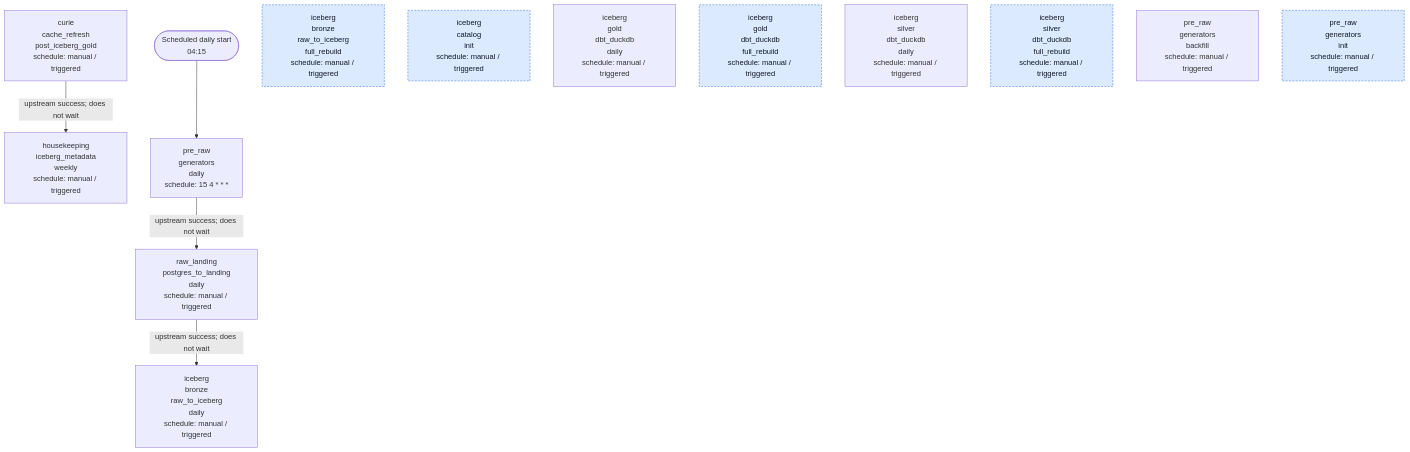
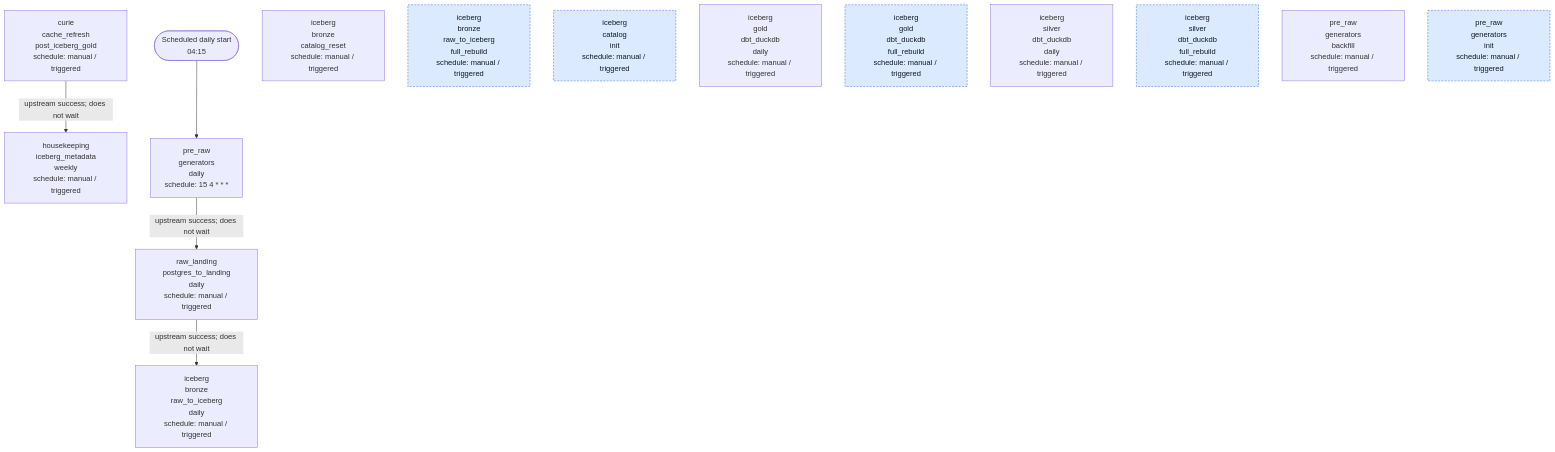
One commit to AntonMiniazev/ampere_project changed the diagram in docs/dataflow/diagrams/airflow_dags.mmd. Above: the diagram before and after it, drawn with Mermaid. The commit also changed 9 other files, not shown here.

```diff
--- a/docs/dataflow/diagrams/airflow_dags.mmd
+++ b/docs/dataflow/diagrams/airflow_dags.mmd
@@ -1,27 +1,28 @@
 flowchart TD
     START(["Scheduled daily start<br/>04:15"])
     D_AMPERE__CURIE__CACHE_REFRESH__POST_ICEBERG_GOLD["curie<br/>cache_refresh<br/>post_iceberg_gold<br/>schedule: manual / triggered"]
     D_AMPERE__HOUSEKEEPING__ICEBERG_METADATA__WEEKLY["housekeeping<br/>iceberg_metadata<br/>weekly<br/>schedule: manual / triggered"]
+    D_AMPERE__ICEBERG__BRONZE__CATALOG_RESET["iceberg<br/>bronze<br/>catalog_reset<br/>schedule: manual / triggered"]
     D_AMPERE__ICEBERG__BRONZE__RAW_TO_ICEBERG__DAILY["iceberg<br/>bronze<br/>raw_to_iceberg<br/>daily<br/>schedule: manual / triggered"]
     D_AMPERE__ICEBERG__BRONZE__RAW_TO_ICEBERG__FULL_REBUILD["iceberg<br/>bronze<br/>raw_to_iceberg<br/>full_rebuild<br/>schedule: manual / triggered"]
     D_AMPERE__ICEBERG__CATALOG__INIT["iceberg<br/>catalog<br/>init<br/>schedule: manual / triggered"]
     D_AMPERE__ICEBERG__GOLD__DBT_DUCKDB__DAILY["iceberg<br/>gold<br/>dbt_duckdb<br/>daily<br/>schedule: manual / triggered"]
     D_AMPERE__ICEBERG__GOLD__DBT_DUCKDB__FULL_REBUILD["iceberg<br/>gold<br/>dbt_duckdb<br/>full_rebuild<br/>schedule: manual / triggered"]
     D_AMPERE__ICEBERG__SILVER__DBT_DUCKDB__DAILY["iceberg<br/>silver<br/>dbt_duckdb<br/>daily<br/>schedule: manual / triggered"]
     D_AMPERE__ICEBERG__SILVER__DBT_DUCKDB__FULL_REBUILD["iceberg<br/>silver<br/>dbt_duckdb<br/>full_rebuild<br/>schedule: manual / triggered"]
     D_AMPERE__PRE_RAW__GENERATORS__BACKFILL["pre_raw<br/>generators<br/>backfill<br/>schedule: manual / triggered"]
     D_AMPERE__PRE_RAW__GENERATORS__DAILY["pre_raw<br/>generators<br/>daily<br/>schedule: 15 4 * * *"]
     D_AMPERE__PRE_RAW__GENERATORS__INIT["pre_raw<br/>generators<br/>init<br/>schedule: manual / triggered"]
     D_AMPERE__RAW_LANDING__POSTGRES_TO_LANDING__DAILY["raw_landing<br/>postgres_to_landing<br/>daily<br/>schedule: manual / triggered"]
 
     START --> D_AMPERE__PRE_RAW__GENERATORS__DAILY
     D_AMPERE__CURIE__CACHE_REFRESH__POST_ICEBERG_GOLD -->|"upstream success; does not wait"| D_AMPERE__HOUSEKEEPING__ICEBERG_METADATA__WEEKLY
     D_AMPERE__PRE_RAW__GENERATORS__DAILY -->|"upstream success; does not wait"| D_AMPERE__RAW_LANDING__POSTGRES_TO_LANDING__DAILY
     D_AMPERE__RAW_LANDING__POSTGRES_TO_LANDING__DAILY -->|"upstream success; does not wait"| D_AMPERE__ICEBERG__BRONZE__RAW_TO_ICEBERG__DAILY
 
     D_AMPERE__PRE_RAW__GENERATORS__INIT:::manual
     D_AMPERE__ICEBERG__CATALOG__INIT:::manual
     D_AMPERE__ICEBERG__BRONZE__RAW_TO_ICEBERG__FULL_REBUILD:::manual
     D_AMPERE__ICEBERG__SILVER__DBT_DUCKDB__FULL_REBUILD:::manual
     D_AMPERE__ICEBERG__GOLD__DBT_DUCKDB__FULL_REBUILD:::manual
     classDef manual fill:#dbeafe,stroke:#2563eb,color:#111827,stroke-dasharray: 4 3
```
